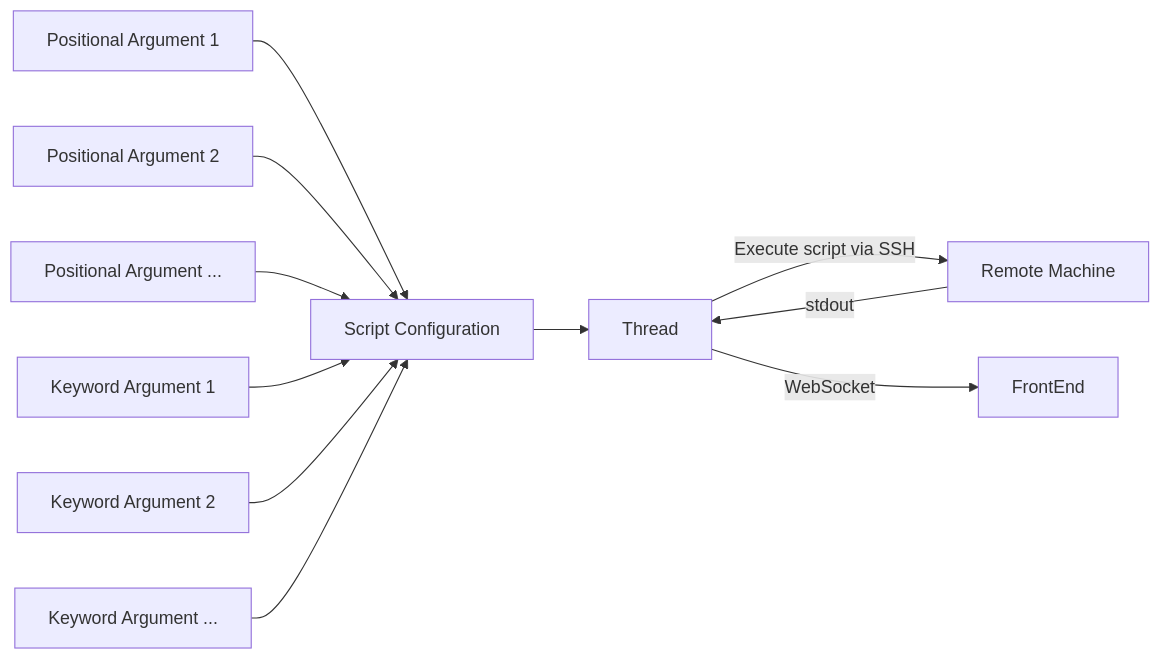
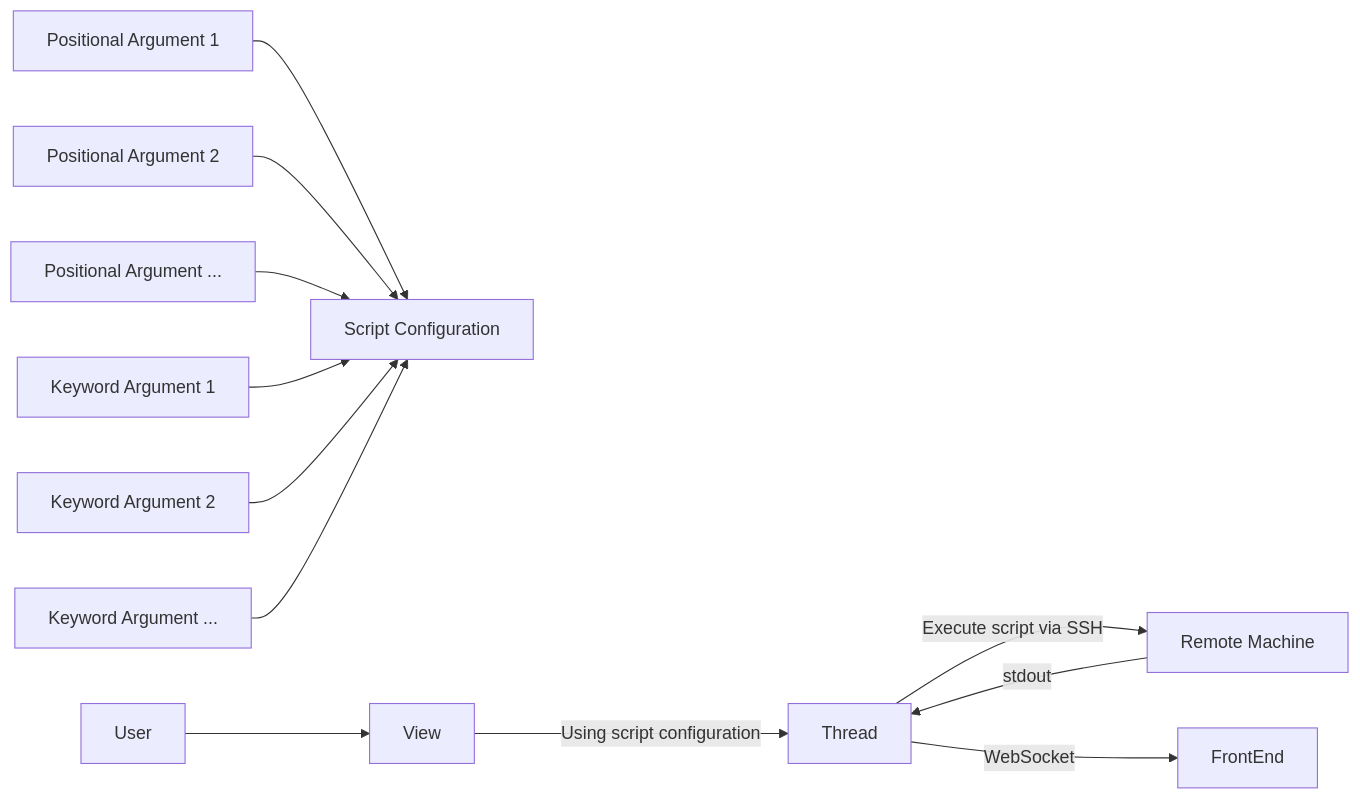
Before and after one commit to CMSTrackerDPG/cms-tkdpg-software-knowledge-transfer: the diagram in docs/certhelper/apps/remotescripts/overview.md, drawn with Mermaid.

Commit message:
Updated flowchart for remotescripts

````diff
--- a/docs/certhelper/apps/remotescripts/overview.md
+++ b/docs/certhelper/apps/remotescripts/overview.md
@@ -11,15 +11,16 @@
 ```mermaid
 flowchart LR
 	arg1[Positional Argument 1] --> script[Script Configuration] 
 	arg2[Positional Argument 2] --> script
 	argdot[Positional Argument ...] --> script	
 	kwarg1[Keyword Argument 1] --> script
 	kwarg2[Keyword Argument 2] --> script	
 	kwargdot[Keyword Argument ...] --> script		
 	
-	script --> thread[Thread]
+	User --> View
+	View -- Using script configuration --> thread[Thread]
 	thread -- Execute script via SSH --> remote[Remote Machine]
 	remote -- stdout --> thread
 	thread -- WebSocket --> FrontEnd
 
 ```
````
